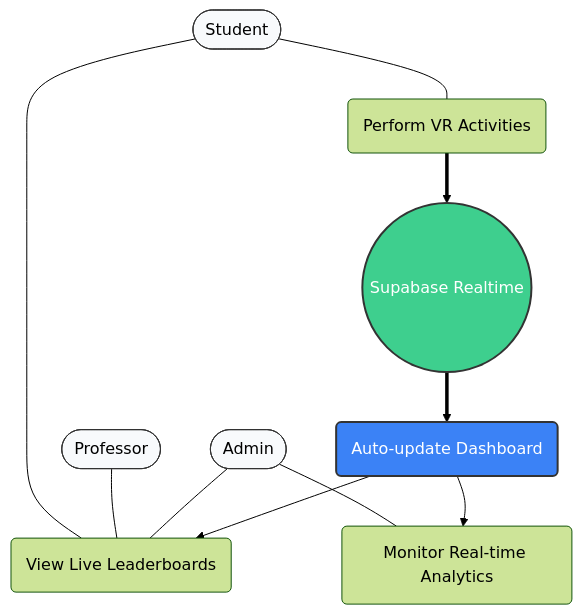
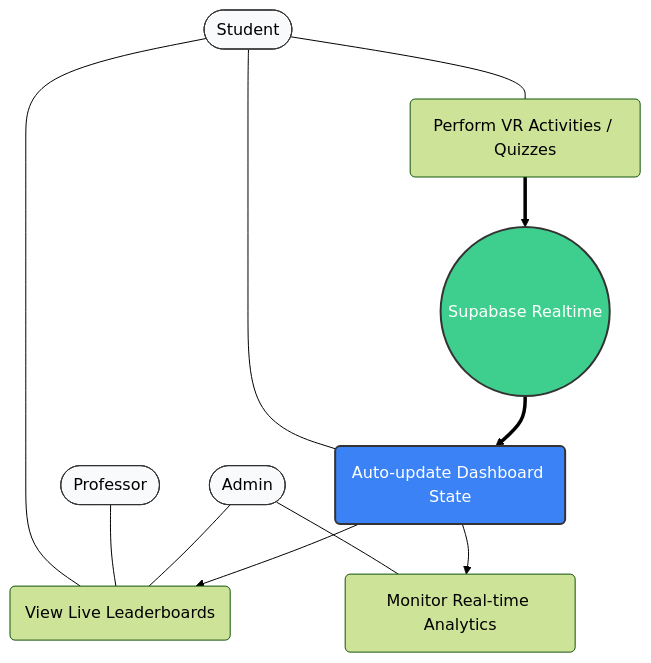
The second of 2 diagrams in README.md (whayneGrageda/VR_Nationalian), drawn with Mermaid (forest theme) before and after one commit. The commit also changed other lines of this file and 4 other files, not shown here.

````diff
--- a/README.md
+++ b/README.md
@@ -132,34 +132,35 @@
 ```mermaid
 graph TD
     %% Actors
     Student([Student])
     Professor([Professor])
     Admin([Admin])
     Supabase((Supabase Realtime))
 
     %% Use Cases
-    UC1(Perform VR Activities)
+    UC1(Perform VR Activities / Quizzes)
     UC2(View Live Leaderboards)
     UC3(Monitor Real-time Analytics)
-    UC4(Auto-update Dashboard)
+    UC4(Auto-update Dashboard State)
 
     %% Relationships
     Student --- UC1
+    Student --- UC4
     Student --- UC2
     Professor --- UC2
     Admin --- UC2
     Admin --- UC3
 
     %% Realtime Flow
     UC1 ==> Supabase
     Supabase ==> UC4
     UC4 --> UC2
     UC4 --> UC3
 
     %% Styling
     style Supabase fill:#3ecf8e,stroke:#333,stroke-width:2px,color:#fff
     style UC4 fill:#3b82f6,stroke:#333,stroke-width:2px,color:#fff
     style Student fill:#f8fafc,stroke:#333,color:#000
     style Professor fill:#f8fafc,stroke:#333,color:#000
     style Admin fill:#f8fafc,stroke:#333,color:#000
 ```
````
